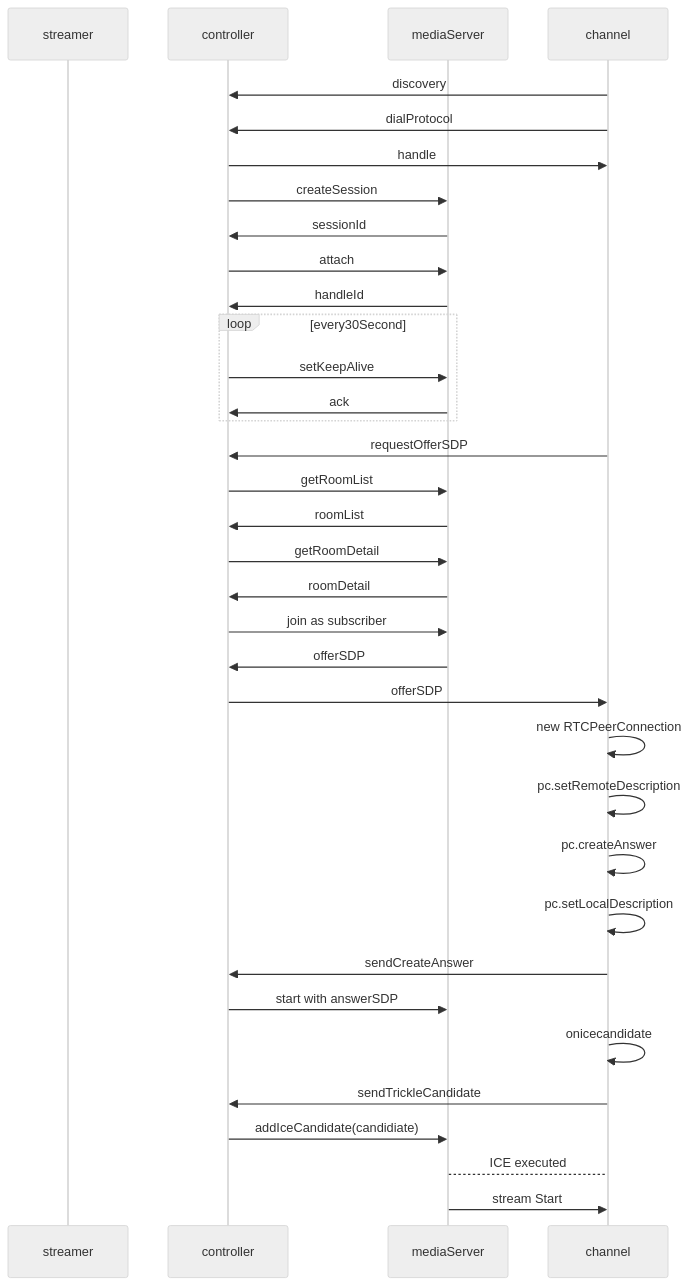
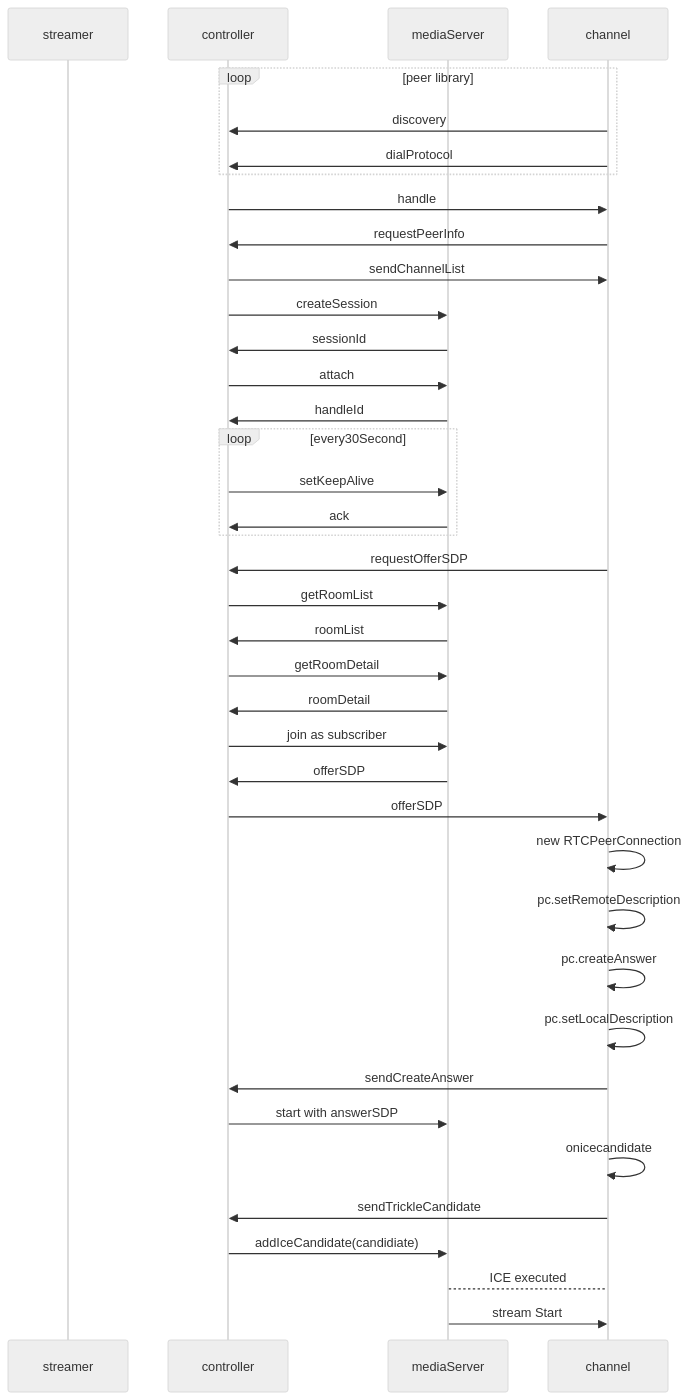
One commit to castonetwork/minimvp_channel changed the third of 3 diagrams in README.md. Above: the diagram before and after it, drawn with Mermaid (neutral theme). The commit also changed other lines of this file, not shown here.

Commit message:
add: add peer discover loops

````diff
--- a/README.md
+++ b/README.md
@@ -92,37 +94,41 @@
 ```mermaid
 sequenceDiagram
   participant st as streamer
   participant ct as controller
   participant ms as mediaServer
   participant ch as channel
+  loop peer library
   ch->>ct: discovery
   ch->>ct: dialProtocol
+  end
   ct->>ch: handle
+  ch->>ct: requestPeerInfo
+  ct->>ch: sendChannelList
   ct->>ms: createSession
   ms->>ct: sessionId
   ct->>ms: attach
   ms->>ct: handleId
   loop every30Second
   ct->>ms: setKeepAlive
   ms->>ct: ack
   end
   ch->>ct: requestOfferSDP
   ct->>ms: getRoomList
   ms->>ct: roomList
   ct->>ms: getRoomDetail
   ms->>ct: roomDetail
   ct->>ms: join as subscriber
   ms->>ct: offerSDP
   ct->>ch: offerSDP
   ch->>ch: new RTCPeerConnection
   ch->>ch: pc.setRemoteDescription
   ch->>ch: pc.createAnswer
   ch->>ch: pc.setLocalDescription
   ch->>ct: sendCreateAnswer
   ct->>ms: start with answerSDP
   ch->>ch: onicecandidate
   ch->>ct: sendTrickleCandidate
   ct->>ms: addIceCandidate(candidiate)
   ms-->ch: ICE executed
   ms->>ch: stream Start
 ```
````
